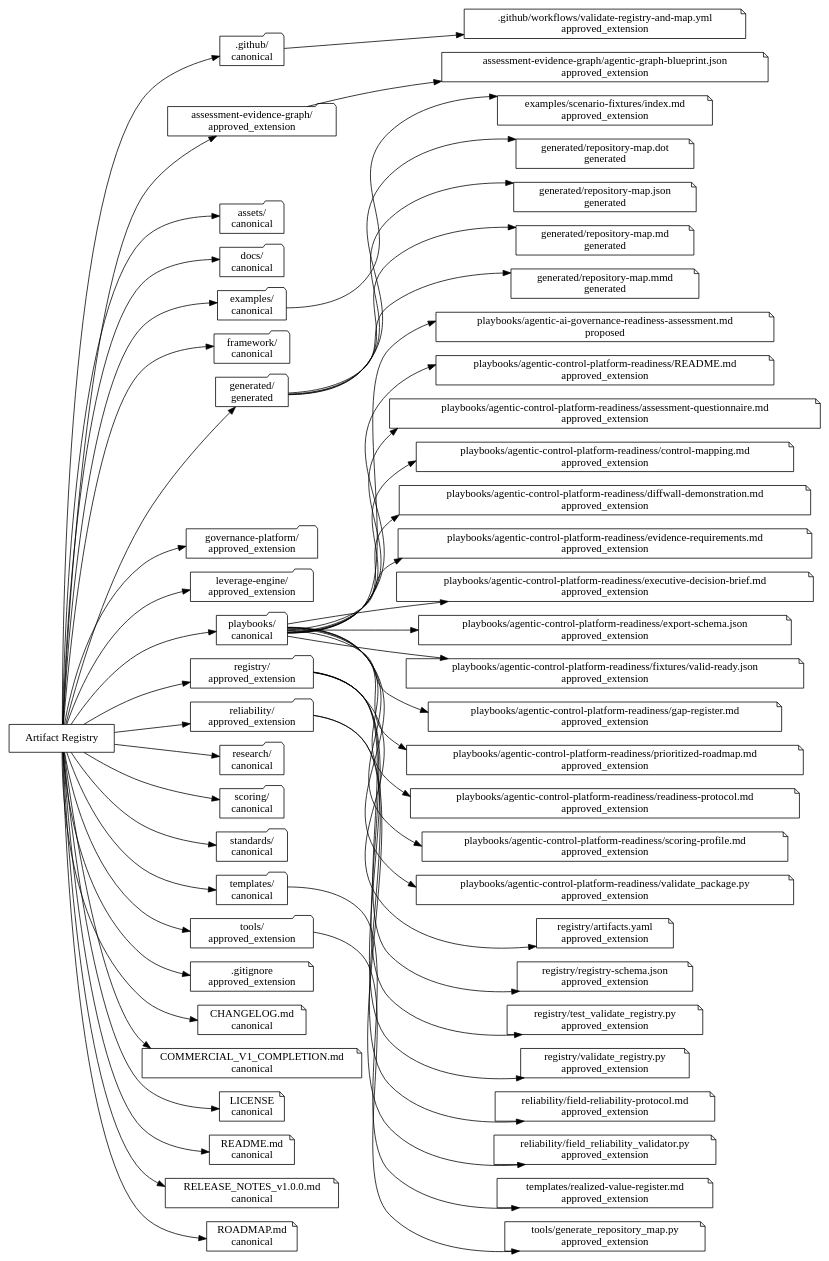
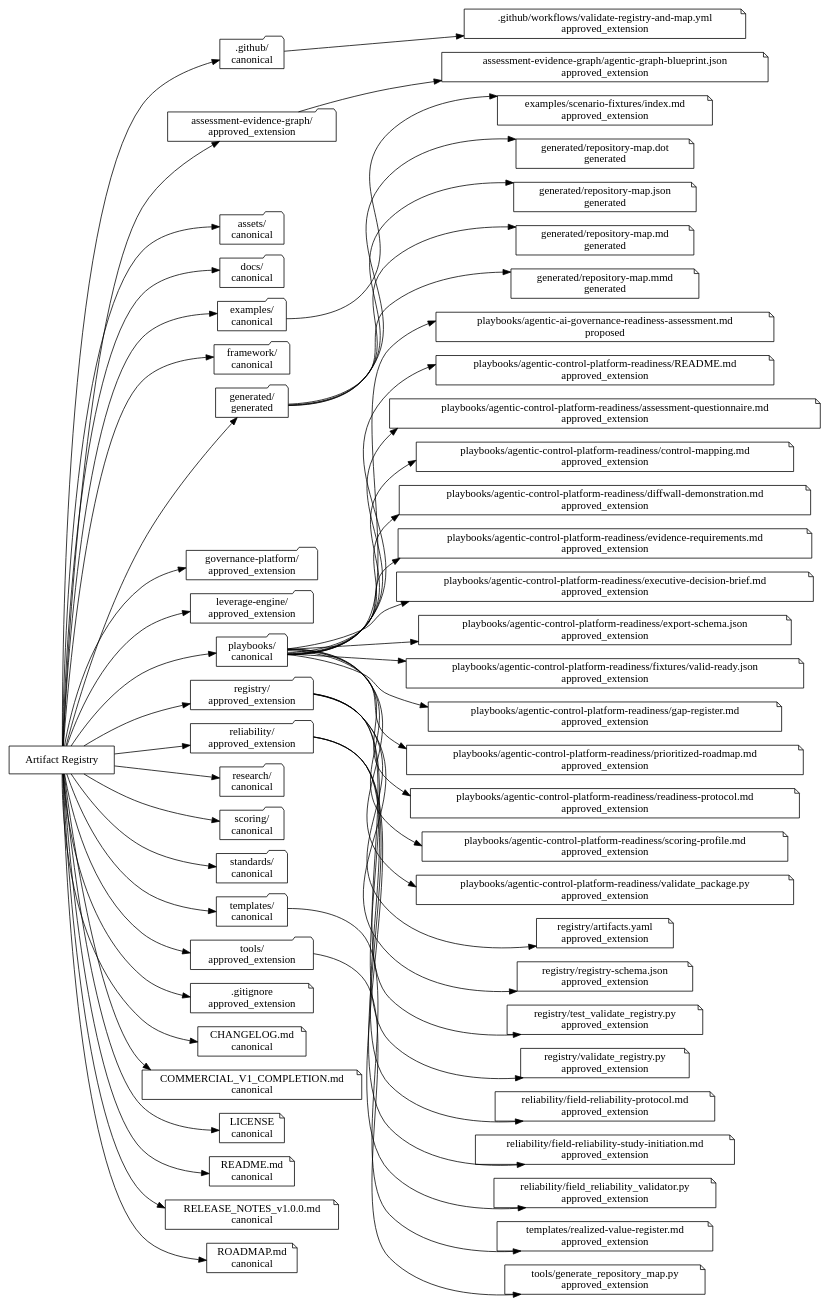
One commit to dburt-proex/operator-intelligence changed the diagram in generated/repository-map.dot. Above: the diagram before and after it, drawn with Graphviz. The commit also changed 5 other files, not shown here.

Commit message:
docs: add FR-002 study initiation packet

```diff
--- a/generated/repository-map.dot
+++ b/generated/repository-map.dot
@@ -1,110 +1,112 @@
 digraph OperatorIntelligence {
   rankdir="LR";
   registry [label="Artifact Registry", shape=box];
   root1 [label=".github/\ncanonical", shape=folder];
   registry -> root1;
   root2 [label="assessment-evidence-graph/\napproved_extension", shape=folder];
   registry -> root2;
   root3 [label="assets/\ncanonical", shape=folder];
   registry -> root3;
   root4 [label="docs/\ncanonical", shape=folder];
   registry -> root4;
   root5 [label="examples/\ncanonical", shape=folder];
   registry -> root5;
   root6 [label="framework/\ncanonical", shape=folder];
   registry -> root6;
   root7 [label="generated/\ngenerated", shape=folder];
   registry -> root7;
   root8 [label="governance-platform/\napproved_extension", shape=folder];
   registry -> root8;
   root9 [label="leverage-engine/\napproved_extension", shape=folder];
   registry -> root9;
   root10 [label="playbooks/\ncanonical", shape=folder];
   registry -> root10;
   root11 [label="registry/\napproved_extension", shape=folder];
   registry -> root11;
   root12 [label="reliability/\napproved_extension", shape=folder];
   registry -> root12;
   root13 [label="research/\ncanonical", shape=folder];
   registry -> root13;
   root14 [label="scoring/\ncanonical", shape=folder];
   registry -> root14;
   root15 [label="standards/\ncanonical", shape=folder];
   registry -> root15;
   root16 [label="templates/\ncanonical", shape=folder];
   registry -> root16;
   root17 [label="tools/\napproved_extension", shape=folder];
   registry -> root17;
   artifact1 [label=".github/workflows/validate-registry-and-map.yml\napproved_extension", shape=note];
   root1 -> artifact1;
   artifact2 [label=".gitignore\napproved_extension", shape=note];
   registry -> artifact2;
   artifact3 [label="CHANGELOG.md\ncanonical", shape=note];
   registry -> artifact3;
   artifact4 [label="COMMERCIAL_V1_COMPLETION.md\ncanonical", shape=note];
   registry -> artifact4;
   artifact5 [label="LICENSE\ncanonical", shape=note];
   registry -> artifact5;
   artifact6 [label="README.md\ncanonical", shape=note];
   registry -> artifact6;
   artifact7 [label="RELEASE_NOTES_v1.0.0.md\ncanonical", shape=note];
   registry -> artifact7;
   artifact8 [label="ROADMAP.md\ncanonical", shape=note];
   registry -> artifact8;
   artifact9 [label="assessment-evidence-graph/agentic-graph-blueprint.json\napproved_extension", shape=note];
   root2 -> artifact9;
   artifact10 [label="examples/scenario-fixtures/index.md\napproved_extension", shape=note];
   root5 -> artifact10;
   artifact11 [label="generated/repository-map.dot\ngenerated", shape=note];
   root7 -> artifact11;
   artifact12 [label="generated/repository-map.json\ngenerated", shape=note];
   root7 -> artifact12;
   artifact13 [label="generated/repository-map.md\ngenerated", shape=note];
   root7 -> artifact13;
   artifact14 [label="generated/repository-map.mmd\ngenerated", shape=note];
   root7 -> artifact14;
   artifact15 [label="playbooks/agentic-ai-governance-readiness-assessment.md\nproposed", shape=note];
   root10 -> artifact15;
   artifact16 [label="playbooks/agentic-control-platform-readiness/README.md\napproved_extension", shape=note];
   root10 -> artifact16;
   artifact17 [label="playbooks/agentic-control-platform-readiness/assessment-questionnaire.md\napproved_extension", shape=note];
   root10 -> artifact17;
   artifact18 [label="playbooks/agentic-control-platform-readiness/control-mapping.md\napproved_extension", shape=note];
   root10 -> artifact18;
   artifact19 [label="playbooks/agentic-control-platform-readiness/diffwall-demonstration.md\napproved_extension", shape=note];
   root10 -> artifact19;
   artifact20 [label="playbooks/agentic-control-platform-readiness/evidence-requirements.md\napproved_extension", shape=note];
   root10 -> artifact20;
   artifact21 [label="playbooks/agentic-control-platform-readiness/executive-decision-brief.md\napproved_extension", shape=note];
   root10 -> artifact21;
   artifact22 [label="playbooks/agentic-control-platform-readiness/export-schema.json\napproved_extension", shape=note];
   root10 -> artifact22;
   artifact23 [label="playbooks/agentic-control-platform-readiness/fixtures/valid-ready.json\napproved_extension", shape=note];
   root10 -> artifact23;
   artifact24 [label="playbooks/agentic-control-platform-readiness/gap-register.md\napproved_extension", shape=note];
   root10 -> artifact24;
   artifact25 [label="playbooks/agentic-control-platform-readiness/prioritized-roadmap.md\napproved_extension", shape=note];
   root10 -> artifact25;
   artifact26 [label="playbooks/agentic-control-platform-readiness/readiness-protocol.md\napproved_extension", shape=note];
   root10 -> artifact26;
   artifact27 [label="playbooks/agentic-control-platform-readiness/scoring-profile.md\napproved_extension", shape=note];
   root10 -> artifact27;
   artifact28 [label="playbooks/agentic-control-platform-readiness/validate_package.py\napproved_extension", shape=note];
   root10 -> artifact28;
   artifact29 [label="registry/artifacts.yaml\napproved_extension", shape=note];
   root11 -> artifact29;
   artifact30 [label="registry/registry-schema.json\napproved_extension", shape=note];
   root11 -> artifact30;
   artifact31 [label="registry/test_validate_registry.py\napproved_extension", shape=note];
   root11 -> artifact31;
   artifact32 [label="registry/validate_registry.py\napproved_extension", shape=note];
   root11 -> artifact32;
   artifact33 [label="reliability/field-reliability-protocol.md\napproved_extension", shape=note];
   root12 -> artifact33;
-  artifact34 [label="reliability/field_reliability_validator.py\napproved_extension", shape=note];
+  artifact34 [label="reliability/field-reliability-study-initiation.md\napproved_extension", shape=note];
   root12 -> artifact34;
-  artifact35 [label="templates/realized-value-register.md\napproved_extension", shape=note];
-  root16 -> artifact35;
-  artifact36 [label="tools/generate_repository_map.py\napproved_extension", shape=note];
-  root17 -> artifact36;
+  artifact35 [label="reliability/field_reliability_validator.py\napproved_extension", shape=note];
+  root12 -> artifact35;
+  artifact36 [label="templates/realized-value-register.md\napproved_extension", shape=note];
+  root16 -> artifact36;
+  artifact37 [label="tools/generate_repository_map.py\napproved_extension", shape=note];
+  root17 -> artifact37;
 }
```
